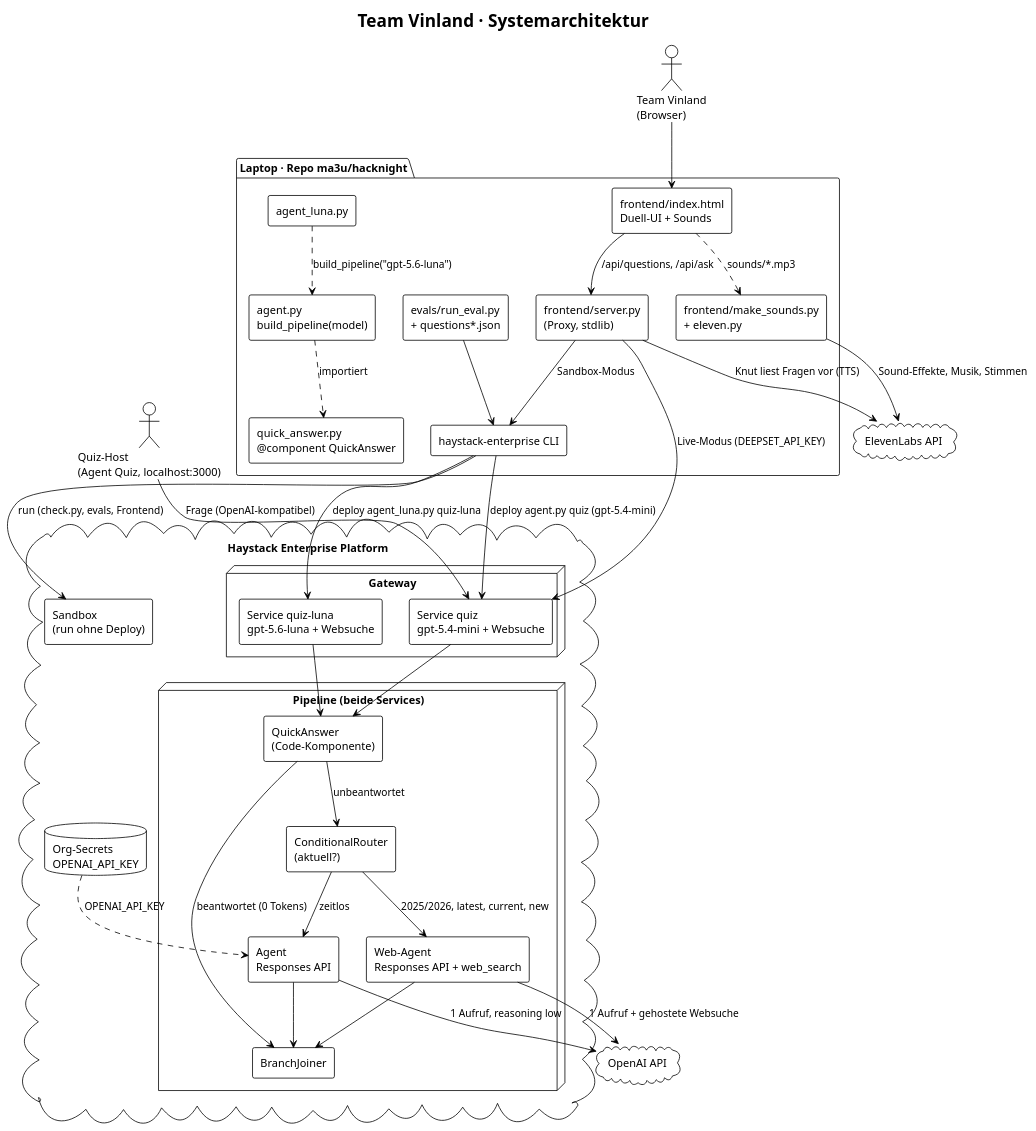
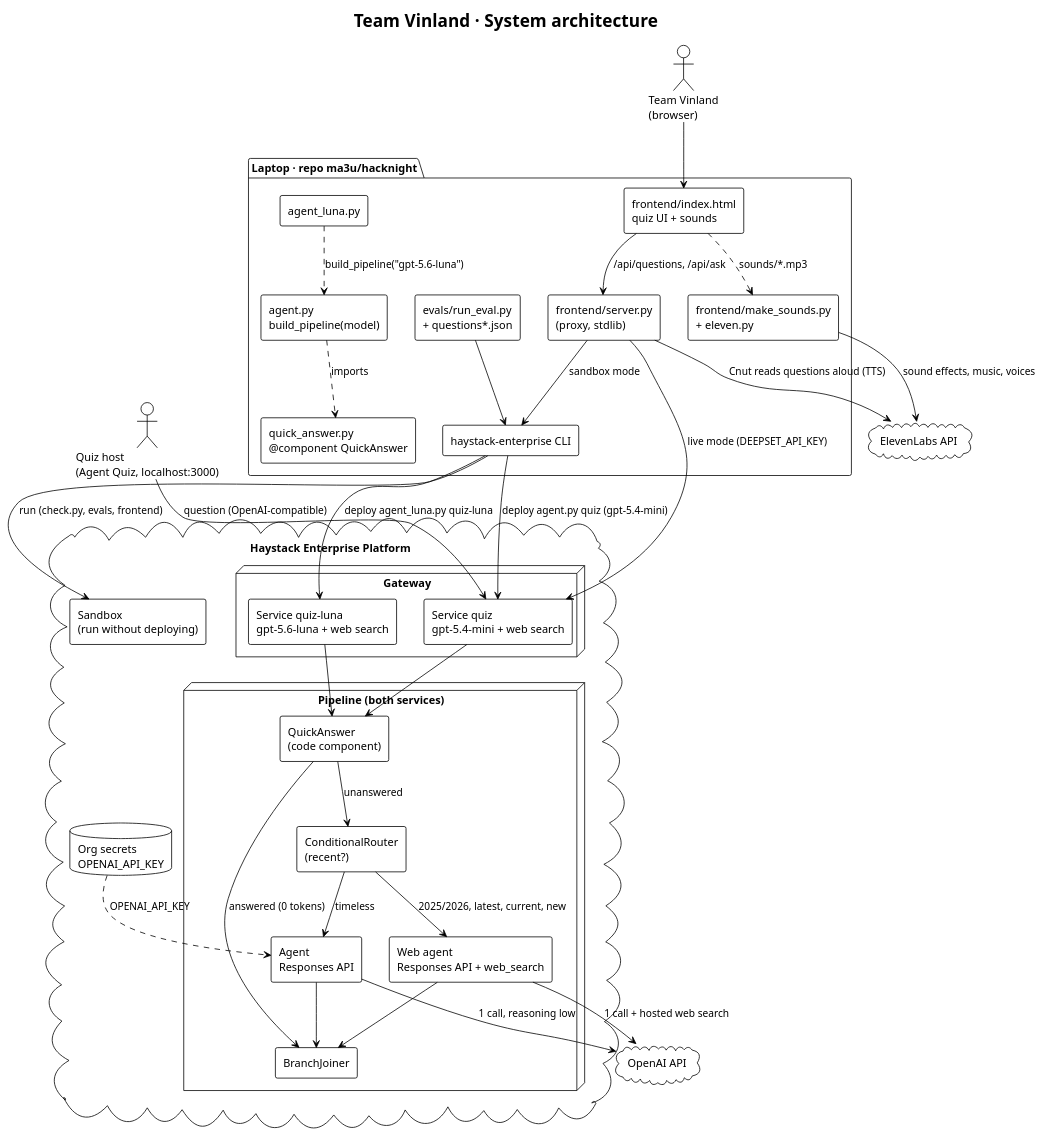
The diagram in docs/diagrams/architecture.puml (ma3u/hacknight), drawn with PlantUML before and after one commit. The commit also changed 21 other files, not shown here.

```diff
--- a/docs/diagrams/architecture.puml
+++ b/docs/diagrams/architecture.puml
@@ -1,66 +1,66 @@
 @startuml architecture
 !theme plain
 skinparam componentStyle rectangle
 skinparam shadowing false
-title Team Vinland · Systemarchitektur
+title Team Vinland · System architecture
 
-actor "Quiz-Host\n(Agent Quiz, localhost:3000)" as Host
-actor "Team Vinland\n(Browser)" as Team
+actor "Quiz host\n(Agent Quiz, localhost:3000)" as Host
+actor "Team Vinland\n(browser)" as Team
 
-package "Laptop · Repo ma3u/hacknight" {
+package "Laptop · repo ma3u/hacknight" {
   [agent.py\nbuild_pipeline(model)] as AgentPy
   [agent_luna.py] as LunaPy
   [quick_answer.py\n@component QuickAnswer] as QA
   [evals/run_eval.py\n+ questions*.json] as Evals
-  [frontend/server.py\n(Proxy, stdlib)] as Server
-  [frontend/index.html\nDuell-UI + Sounds] as UI
+  [frontend/server.py\n(proxy, stdlib)] as Server
+  [frontend/index.html\nquiz UI + sounds] as UI
   [frontend/make_sounds.py\n+ eleven.py] as Sounds
   [haystack-enterprise CLI] as CLI
 }
 
 cloud "Haystack Enterprise Platform" {
   node "Gateway" {
-    [Service quiz\ngpt-5.4-mini + Websuche] as SvcQuiz
-    [Service quiz-luna\ngpt-5.6-luna + Websuche] as SvcLuna
+    [Service quiz\ngpt-5.4-mini + web search] as SvcQuiz
+    [Service quiz-luna\ngpt-5.6-luna + web search] as SvcLuna
   }
-  node "Pipeline (beide Services)" {
-    [QuickAnswer\n(Code-Komponente)] as PQA
-    [ConditionalRouter\n(aktuell?)] as PRouter
+  node "Pipeline (both services)" {
+    [QuickAnswer\n(code component)] as PQA
+    [ConditionalRouter\n(recent?)] as PRouter
     [Agent\nResponses API] as PAgent
-    [Web-Agent\nResponses API + web_search] as PWeb
+    [Web agent\nResponses API + web_search] as PWeb
     [BranchJoiner] as PJoin
   }
-  [Sandbox\n(run ohne Deploy)] as Sandbox
-  database "Org-Secrets\nOPENAI_API_KEY" as Secrets
+  [Sandbox\n(run without deploying)] as Sandbox
+  database "Org secrets\nOPENAI_API_KEY" as Secrets
 }
 
 cloud "OpenAI API" as OpenAI
 cloud "ElevenLabs API" as Eleven
 
-AgentPy ..> QA : importiert
+AgentPy ..> QA : imports
 LunaPy ..> AgentPy : build_pipeline("gpt-5.6-luna")
 CLI --> SvcQuiz : deploy agent.py quiz (gpt-5.4-mini)
 CLI --> SvcLuna : deploy agent_luna.py quiz-luna
-CLI --> Sandbox : run (check.py, evals, Frontend)
+CLI --> Sandbox : run (check.py, evals, frontend)
 Evals --> CLI
-Server --> CLI : Sandbox-Modus
-Server --> SvcQuiz : Live-Modus (DEEPSET_API_KEY)
+Server --> CLI : sandbox mode
+Server --> SvcQuiz : live mode (DEEPSET_API_KEY)
 UI --> Server : /api/questions, /api/ask
 Team --> UI
-Sounds --> Eleven : Sound-Effekte, Musik, Stimmen
-Server --> Eleven : Knut liest Fragen vor (TTS)
+Sounds --> Eleven : sound effects, music, voices
+Server --> Eleven : Cnut reads questions aloud (TTS)
 UI ..> Sounds : sounds/*.mp3
 
-Host --> SvcQuiz : Frage (OpenAI-kompatibel)
+Host --> SvcQuiz : question (OpenAI-compatible)
 SvcQuiz --> PQA
 SvcLuna --> PQA
-PQA --> PJoin : beantwortet (0 Tokens)
-PQA --> PRouter : unbeantwortet
-PRouter --> PAgent : zeitlos
+PQA --> PJoin : answered (0 tokens)
+PQA --> PRouter : unanswered
+PRouter --> PAgent : timeless
 PRouter --> PWeb : 2025/2026, latest, current, new
 PAgent --> PJoin
 PWeb --> PJoin
-PAgent --> OpenAI : 1 Aufruf, reasoning low
-PWeb --> OpenAI : 1 Aufruf + gehostete Websuche
+PAgent --> OpenAI : 1 call, reasoning low
+PWeb --> OpenAI : 1 call + hosted web search
 Secrets ..> PAgent : OPENAI_API_KEY
 @enduml
```
